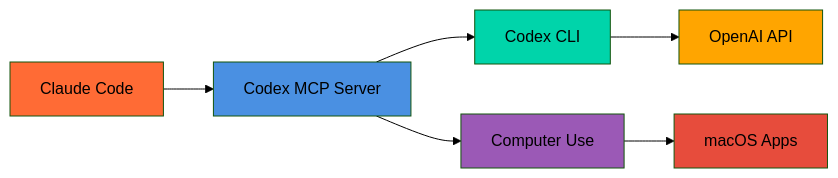
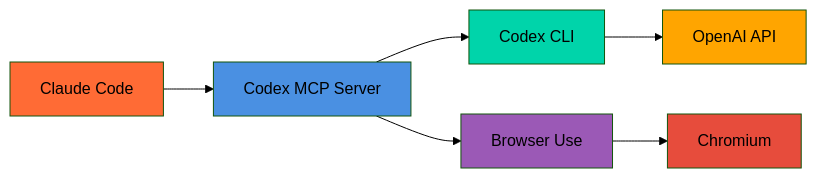
The diagram in README.md (tuannvm/codex-mcp-server), drawn with Mermaid (forest theme) before and after one commit. The commit also changed other lines of this file and 25 other files, not shown here.

First line of the commit message:
feat(browser-use): replace macOS computer-use with Playwright browser automation

````diff
--- a/README.md
+++ b/README.md
@@ -9,15 +9,15 @@
 ```mermaid
 graph LR
     A[Claude Code] --> B[Codex MCP Server]
     B --> C[Codex CLI]
     C --> D[OpenAI API]
-    B --> E[Computer Use]
-    E --> F[macOS Apps]
+    B --> E[Browser Use]
+    E --> F[Chromium]
 
     style A fill:#FF6B35
     style B fill:#4A90E2
     style C fill:#00D4AA
     style D fill:#FFA500
     style E fill:#9B59B6
     style F fill:#E74C3C
 ```
````
